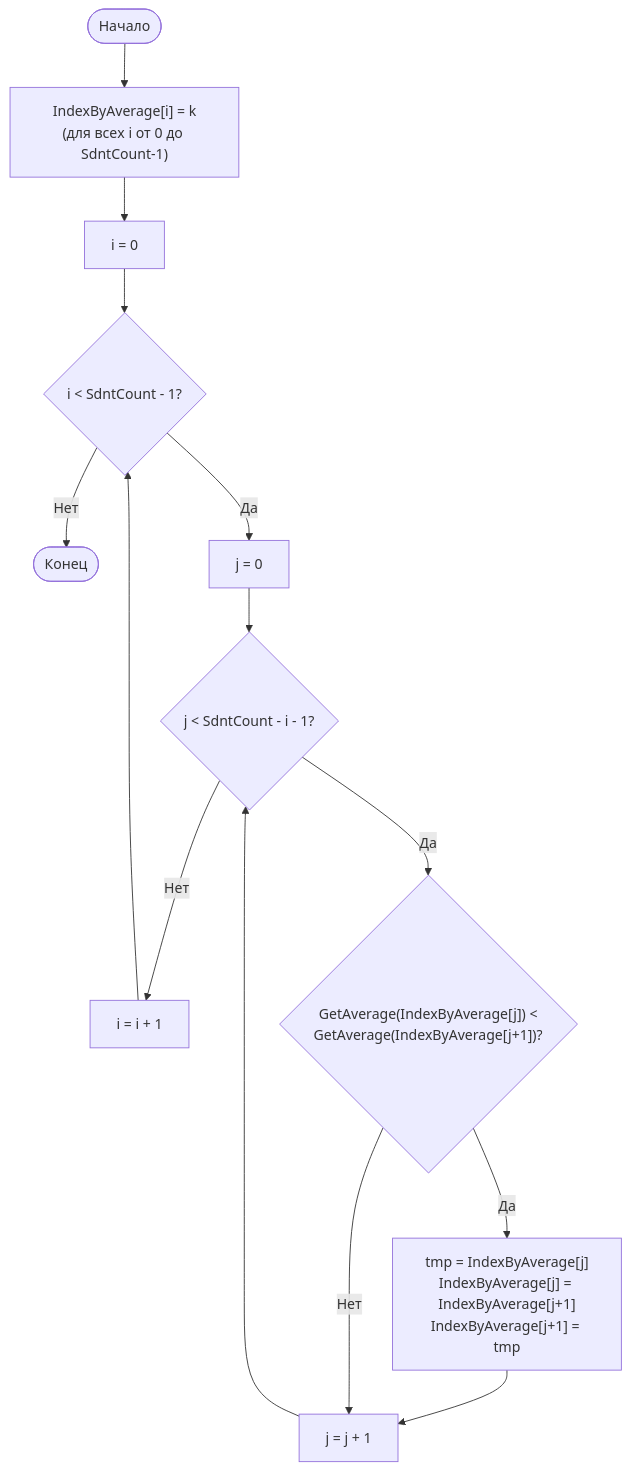
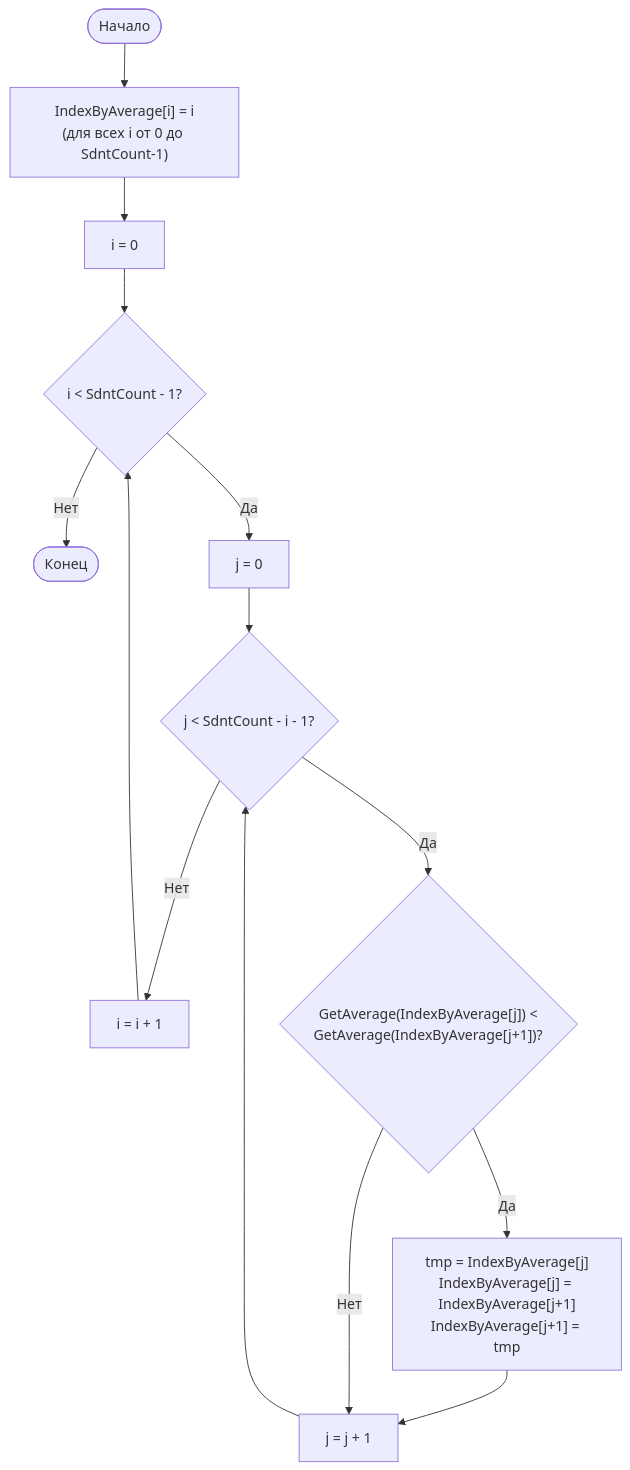
One commit to Zrossiz/toi changed the second of 4 diagrams in README.md. Above: the diagram before and after it, drawn with Mermaid.

Commit message:
Fix flowchart initialization for IndexByAverage
Updated flowchart initialization in README.

````diff
--- a/README.md
+++ b/README.md
@@ -45,21 +45,21 @@
 ```mermaid
 flowchart TD
-    Start([Начало]) --> InitArr["IndexByAverage[i] = k<br/>(для всех i от 0 до SdntCount-1)"]
+    Start([Начало]) --> InitArr["IndexByAverage[i] = i<br/>(для всех i от 0 до SdntCount-1)"]
     InitArr --> InitI["i = 0"]
     InitI --> CondI{"i < SdntCount - 1?"}
 
     CondI -- Нет --> End([Конец])
     CondI -- Да --> InitJ["j = 0"]
 
     InitJ --> CondJ{"j < SdntCount - i - 1?"}
     CondJ -- Нет --> IncI["i = i + 1"]
     IncI --> CondI
 
     CondJ -- Да --> CheckSwap{"GetAverage(IndexByAverage[j]) <<br/>GetAverage(IndexByAverage[j+1])?"}
 
     CheckSwap -- Да --> Swap["tmp = IndexByAverage[j]<br/>IndexByAverage[j] = IndexByAverage[j+1]<br/>IndexByAverage[j+1] = tmp"]
     Swap --> IncJ["j = j + 1"]
 
     CheckSwap -- Нет --> IncJ
     IncJ --> CondJ
 ```
````
